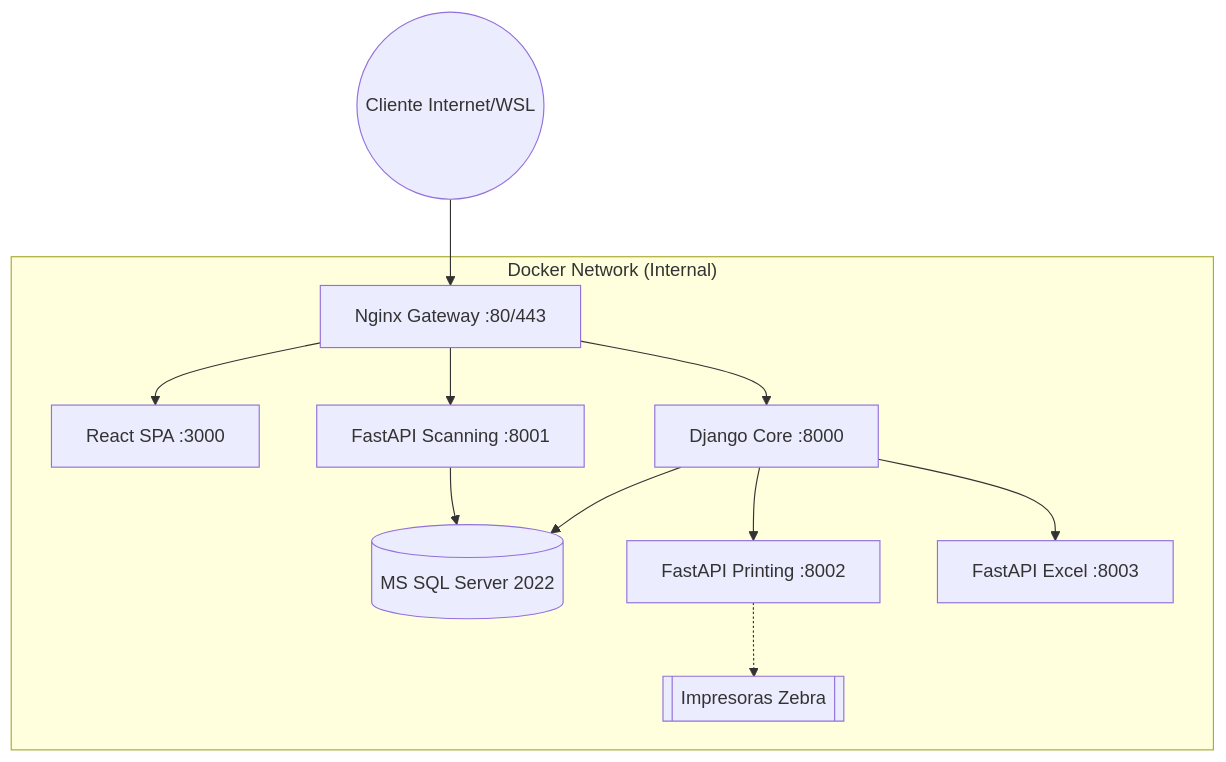
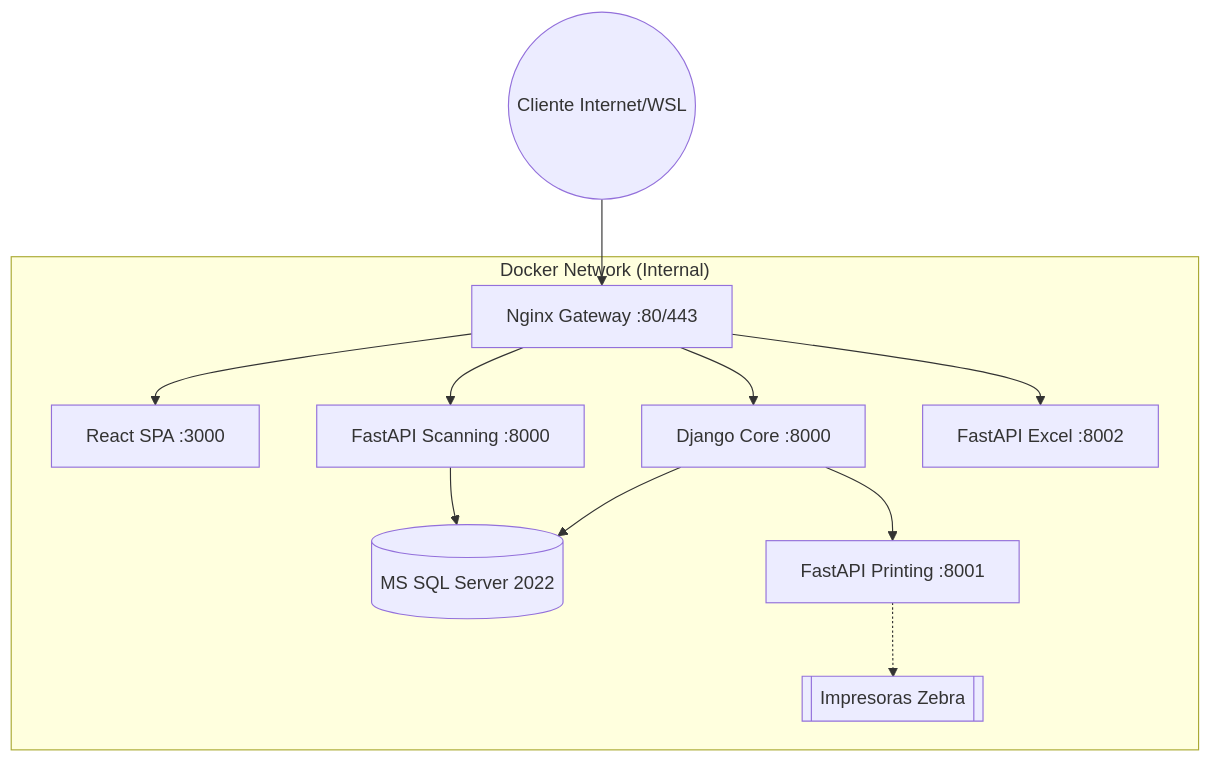
One commit to DevBrandonArellano/TexCore changed the first of 6 diagrams in documentation/arquitectura_y_desarrollo.md. Above: the diagram before and after it, drawn with Mermaid. The commit also changed other lines of this file and 57 other files, not shown here.

````diff
--- a/documentation/arquitectura_y_desarrollo.md
+++ b/documentation/arquitectura_y_desarrollo.md
@@ -12,18 +12,18 @@
 ```mermaid
 graph TD
     Client((Cliente Internet/WSL)) --> Nginx[Nginx Gateway :80/443]
     
     subgraph "Docker Network (Internal)"
         Nginx --> Frontend[React SPA :3000]
         Nginx --> Backend[Django Core :8000]
-        Nginx --> Scanning[FastAPI Scanning :8001]
+        Nginx --> Scanning[FastAPI Scanning :8000]
+        Nginx --> Excel[FastAPI Excel :8002]
         
         Backend --> SQL[(MS SQL Server 2022)]
         Scanning --> SQL
         
-        Backend --> Printing[FastAPI Printing :8002]
-        Backend --> Excel[FastAPI Excel :8003]
+        Backend --> Printing[FastAPI Printing :8001]
         
         Printing -.-> Zebra[[Impresoras Zebra]]
     end
 ```
````
